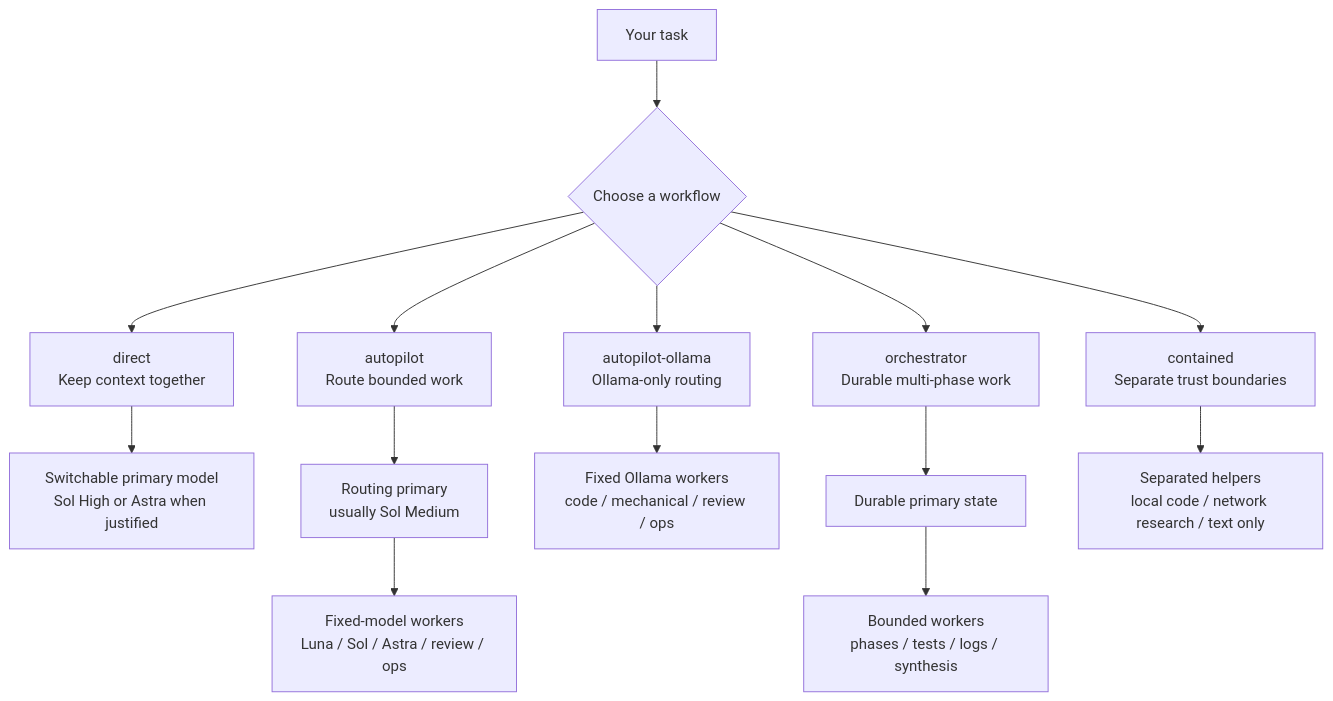
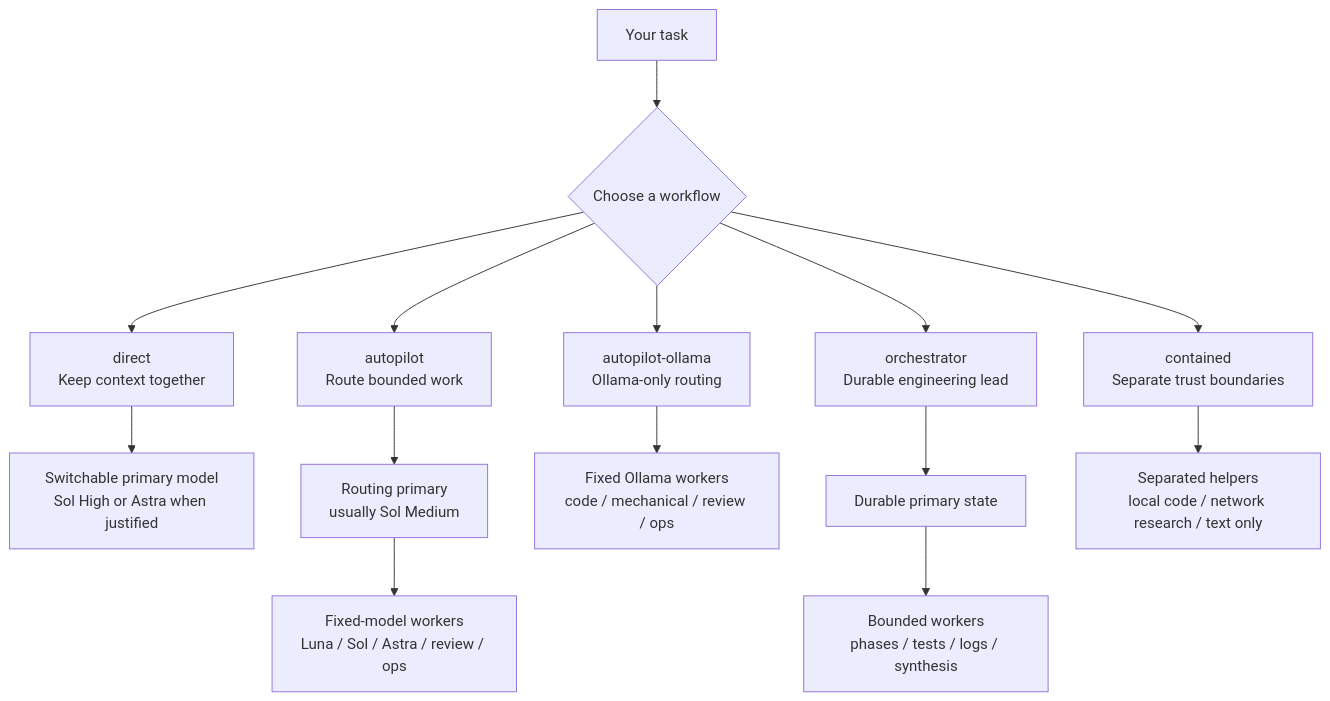
The diagram in README.md (christian-taillon/opencode-agents), drawn with Mermaid before and after one commit. The commit also changed other lines of this file and 3 other files, not shown here.

````diff
--- a/README.md
+++ b/README.md
@@ -17,22 +17,22 @@
 ```mermaid
 flowchart TD
     T["Your task"] --> W{"Choose a workflow"}
 
     W --> D["direct<br/>Keep context together"]
     W --> A["autopilot<br/>Route bounded work"]
     W --> AO["autopilot-ollama<br/>Ollama-only routing"]
-    W --> O["orchestrator<br/>Durable multi-phase work"]
+    W --> O["orchestrator<br/>Durable engineering lead"]
     W --> C["contained<br/>Separate trust boundaries"]
 
     D --> P["Switchable primary model<br/>Sol High or Astra when justified"]
 
     A --> R["Routing primary<br/>usually Sol Medium"]
     R --> F["Fixed-model workers<br/>Luna / Sol / Astra / review / ops"]
 
     AO --> OR["Fixed Ollama workers<br/>code / mechanical / review / ops"]
 
     O --> DS["Durable primary state"]
     DS --> BW["Bounded workers<br/>phases / tests / logs / synthesis"]
 
     C --> TB["Separated helpers<br/>local code / network research / text only"]
 ```
````
